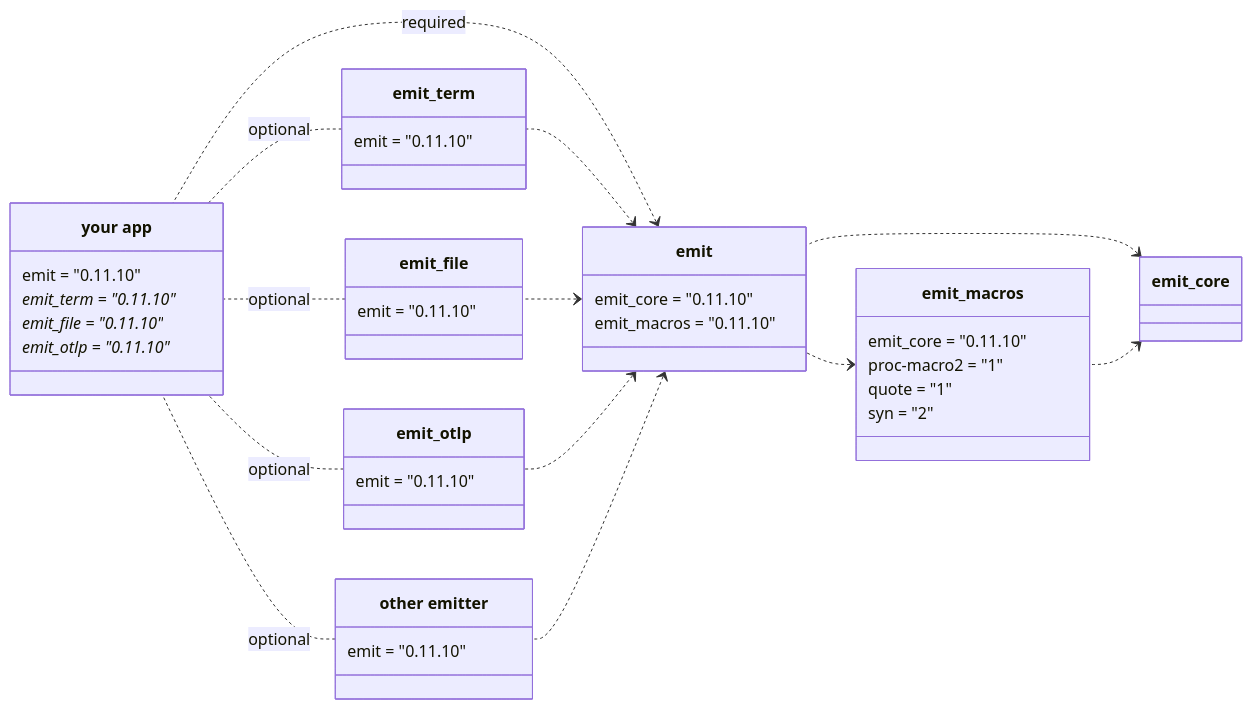
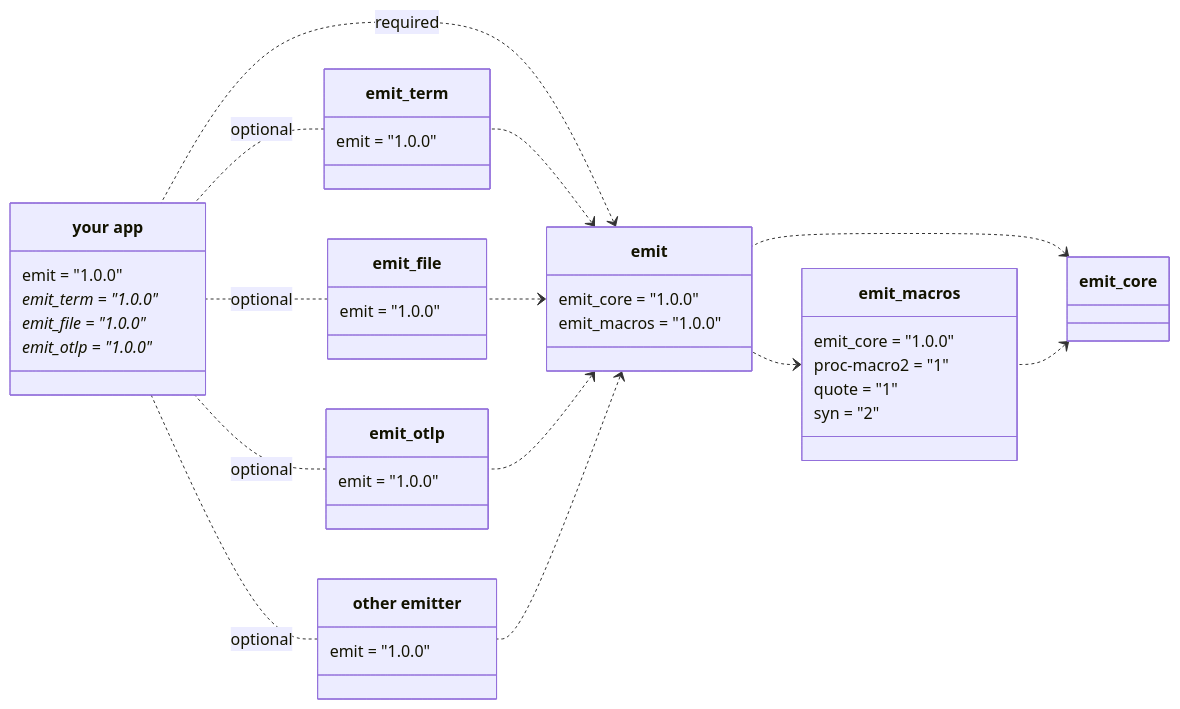
The first of 5 diagrams in book/src/reference/architecture.md (emit-rs/emit), drawn with Mermaid before and after one commit. The commit also changed other lines of this file and 58 other files, not shown here.

````diff
--- a/book/src/reference/architecture.md
+++ b/book/src/reference/architecture.md
@@ -9,62 +9,62 @@
 ```mermaid
 classDiagram
     direction RL
     
     emit_core <.. emit_macros
     emit_core <.. emit
     emit_macros <.. emit
 
     class emit_macros {
-        emit_core = "0.11.10"
+        emit_core = "1.0.0"
         proc-macro2 = "1"
         quote = "1"
         syn = "2"
     }
 
     emit <.. emit_term
     emit <.. emit_file
     emit <.. emit_otlp
     emit <.. emit_custom
 
     emit <.. app : required
 
     class emit {
-        emit_core = "0.11.10"
-        emit_macros = "0.11.10"
+        emit_core = "1.0.0"
+        emit_macros = "1.0.0"
     }
 
     emit_term .. app : optional
     emit_file .. app : optional
     emit_otlp .. app : optional
     emit_custom .. app : optional
 
     class emit_term {
-        emit = "0.11.10"
+        emit = "1.0.0"
     }
 
     class emit_file {
-        emit = "0.11.10"
+        emit = "1.0.0"
     }
 
     class emit_otlp {
-        emit = "0.11.10"
+        emit = "1.0.0"
     }
 
     class emit_custom["other emitter"] {
-        emit = "0.11.10"
+        emit = "1.0.0"
     }
 
     class app["your app"] {
-        emit = "0.11.10"
-        emit_term = "0.11.10"*
-        emit_file = "0.11.10"*
-        emit_otlp = "0.11.10"*
+        emit = "1.0.0"
+        emit_term = "1.0.0"*
+        emit_file = "1.0.0"*
+        emit_otlp = "1.0.0"*
     }
 
-    click emit_core href "https://docs.rs/emit_core/0.11.10/emit_core/index.html"
-    click emit_macros href "https://docs.rs/emit_macros/0.11.10/emit_macros/index.html"
-    click emit href "https://docs.rs/emit/0.11.10/emit/index.html"
-    click emit_term href "https://docs.rs/emit_term/0.11.10/emit_term/index.html"
-    click emit_file href "https://docs.rs/emit_file/0.11.10/emit_file/index.html"
-    click emit_otlp href "https://docs.rs/emit_otlp/0.11.10/emit_otlp/index.html"
+    click emit_core href "https://docs.rs/emit_core/1.0.0/emit_core/index.html"
+    click emit_macros href "https://docs.rs/emit_macros/1.0.0/emit_macros/index.html"
+    click emit href "https://docs.rs/emit/1.0.0/emit/index.html"
+    click emit_term href "https://docs.rs/emit_term/1.0.0/emit_term/index.html"
+    click emit_file href "https://docs.rs/emit_file/1.0.0/emit_file/index.html"
+    click emit_otlp href "https://docs.rs/emit_otlp/1.0.0/emit_otlp/index.html"
 ```
````
